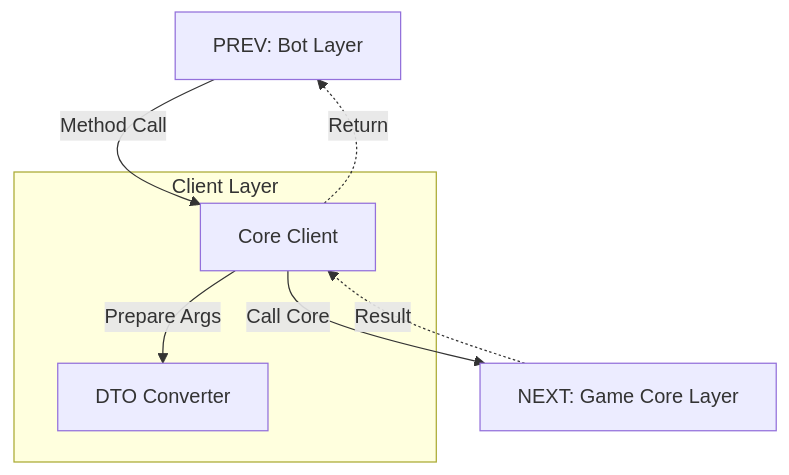
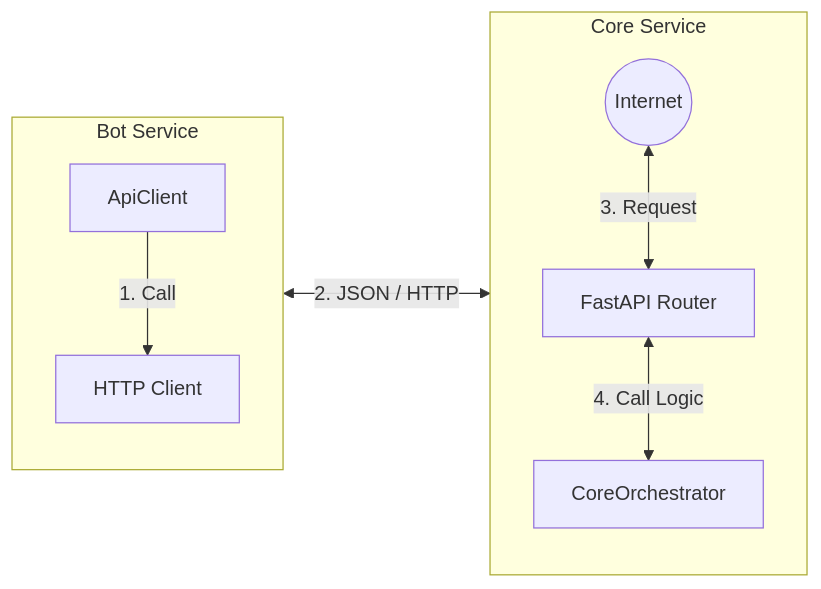
Before and after one commit to CodexDLC/telegram_bot_rpg: the fourth of 7 diagrams in docs/dis_docs/05_diagrams/01_Architecture_Overview.md, drawn with Mermaid. The commit also changed other lines of this file and 37 other files, not shown here.

````diff
--- a/docs/dis_docs/05_diagrams/01_Architecture_Overview.md
+++ b/docs/dis_docs/05_diagrams/01_Architecture_Overview.md
@@ -119,18 +106,18 @@
 ```mermaid
-graph TD
-    Input["PREV: Bot Layer"]
-
-    subgraph Client_Layer ["Client Layer"]
-        Client["Core Client"]
-        DTO["DTO Converter"]
+graph LR
+    %% --- CLIENT SIDE ---
+    subgraph Bot_Side ["Bot Service"]
+        direction TB
+        ApiClient["ApiClient"] -->|"1. Call"| HttpClient["HTTP Client"]
     end
 
-    Output["NEXT: Game Core Layer"]
+    %% --- NETWORK ---
+    HttpClient <-->|"2. JSON / HTTP"| Network((Internet))
 
-    Input -->|"Method Call"| Client
-    Client -->|"Prepare Args"| DTO
-    Client -->|"Call Core"| Output
-    
-    Output -.->|"Result"| Client
-    Client -.->|"Return"| Input
+    %% --- SERVER SIDE ---
+    subgraph Core_Side ["Core Service"]
+        direction TB
+        Network <-->|"3. Request"| FastAPI["FastAPI Router"]
+        FastAPI <-->|"4. Call Logic"| CoreOrch["CoreOrchestrator"]
+    end
 ```
````
